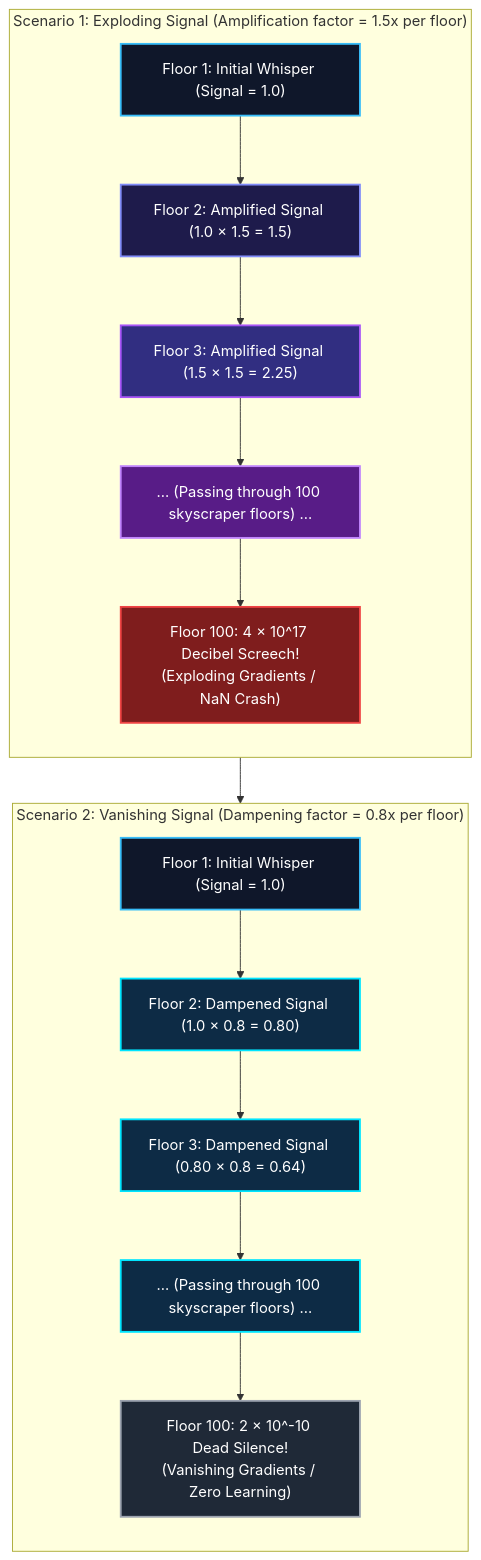
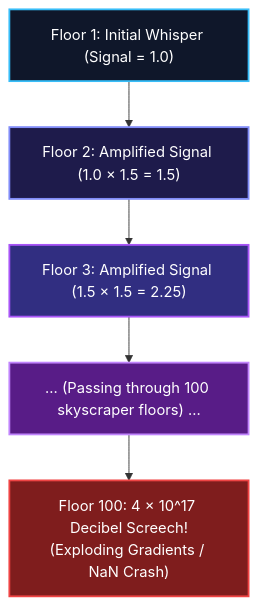
One commit to narenandu/narenvadapalli_dot_com changed the first of 5 diagrams in contents/blog/0076-why-deep-networks-die-initialization-layernorm-residual-connections/index.md. Above: the diagram before and after it, drawn with Mermaid. The commit also changed other lines of this file, not shown here.

````diff
--- a/contents/blog/0076-why-deep-networks-die-initialization-layernorm-residual-connections/index.md
+++ b/contents/blog/0076-why-deep-networks-die-initialization-layernorm-residual-connections/index.md
@@ -33,40 +33,18 @@
 ```mermaid
 flowchart TD
     direction TB
 
-    subgraph ExplodingScenario ["Scenario 1: Exploding Signal (Amplification factor = 1.5x per floor)"]
-        direction TB
-        E1["Floor 1: Initial Whisper (Signal = 1.0)"]
-        E2["Floor 2: Amplified Signal (1.0 × 1.5 = 1.5)"]
-        E3["Floor 3: Amplified Signal (1.5 × 1.5 = 2.25)"]
-        EDOTS["... (Passing through 100 skyscraper floors) ..."]
-        E100["Floor 100: 4 × 10^17 Decibel Screech!<br/>(Exploding Gradients / NaN Crash)"]
+    E1["Floor 1: Initial Whisper (Signal = 1.0)"]
+    E2["Floor 2: Amplified Signal (1.0 × 1.5 = 1.5)"]
+    E3["Floor 3: Amplified Signal (1.5 × 1.5 = 2.25)"]
+    EDOTS["... (Passing through 100 skyscraper floors) ..."]
+    E100["Floor 100: 4 × 10^17 Decibel Screech!<br/>(Exploding Gradients / NaN Crash)"]
 
-        E1 --> E2 --> E3 --> EDOTS --> E100
-    end
-
-    subgraph VanishingScenario ["Scenario 2: Vanishing Signal (Dampening factor = 0.8x per floor)"]
-        direction TB
-        V1["Floor 1: Initial Whisper (Signal = 1.0)"]
-        V2["Floor 2: Dampened Signal (1.0 × 0.8 = 0.80)"]
-        V3["Floor 3: Dampened Signal (0.80 × 0.8 = 0.64)"]
-        VDOTS["... (Passing through 100 skyscraper floors) ..."]
-        V100["Floor 100: 2 × 10^-10 Dead Silence!<br/>(Vanishing Gradients / Zero Learning)"]
-
-        V1 --> V2 --> V3 --> VDOTS --> V100
-    end
-
-    ExplodingScenario --> VanishingScenario
+    E1 --> E2 --> E3 --> EDOTS --> E100
 
     style E1 fill:#0f172a,stroke:#38bdf8,stroke-width:2px,color:#ffffff
     style E2 fill:#1e1b4b,stroke:#818cf8,stroke-width:2px,color:#ffffff
     style E3 fill:#312e81,stroke:#a855f7,stroke-width:2px,color:#ffffff
     style EDOTS fill:#581c87,stroke:#c084fc,stroke-width:2px,color:#ffffff
     style E100 fill:#7f1d1d,stroke:#ef4444,stroke-width:2px,color:#ffffff
-
-    style V1 fill:#0f172a,stroke:#38bdf8,stroke-width:2px,color:#ffffff
-    style V2 fill:#0d2b45,stroke:#00e5ff,stroke-width:2px,color:#ffffff
-    style V3 fill:#0d2b45,stroke:#00e5ff,stroke-width:2px,color:#ffffff
-    style VDOTS fill:#0d2b45,stroke:#00e5ff,stroke-width:2px,color:#ffffff
-    style V100 fill:#1f2937,stroke:#9ca3af,stroke-width:2px,color:#ffffff
 ```
````
